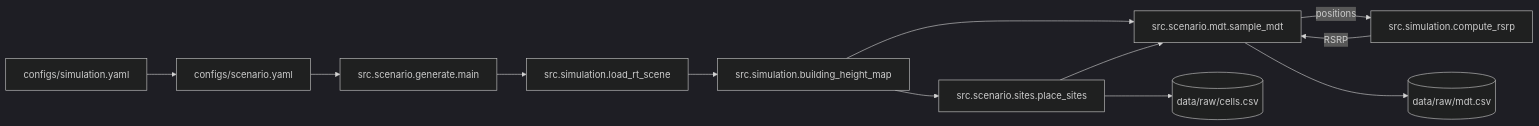
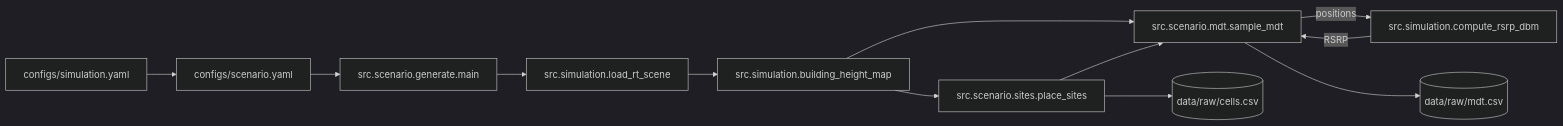
The first of 3 diagrams in README.md (Wombat-Engineers/radio-calibration), drawn with Mermaid (dark theme) before and after one commit. The commit also changed other lines of this file and 16 other files, not shown here.

````diff
--- a/README.md
+++ b/README.md
@@ -63,14 +63,14 @@
 ```mermaid
 flowchart LR
     sim[configs/simulation.yaml] --> cfg[configs/scenario.yaml]
     cfg --> gen[src.scenario.generate.main]
     gen --> scene[src.simulation.load_rt_scene]
     scene --> hm[src.simulation.building_height_map]
     hm --> sites[src.scenario.sites.place_sites]
     hm --> mdt[src.scenario.mdt.sample_mdt]
     sites --> mdt
-    mdt -- positions --> rsrp[src.simulation.compute_rsrp]
+    mdt -- positions --> rsrp[src.simulation.compute_rsrp_dbm]
     rsrp -- RSRP --> mdt
     sites --> cells[(data/raw/cells.csv)]
     mdt --> out[(data/raw/mdt.csv)]
 ```
````
